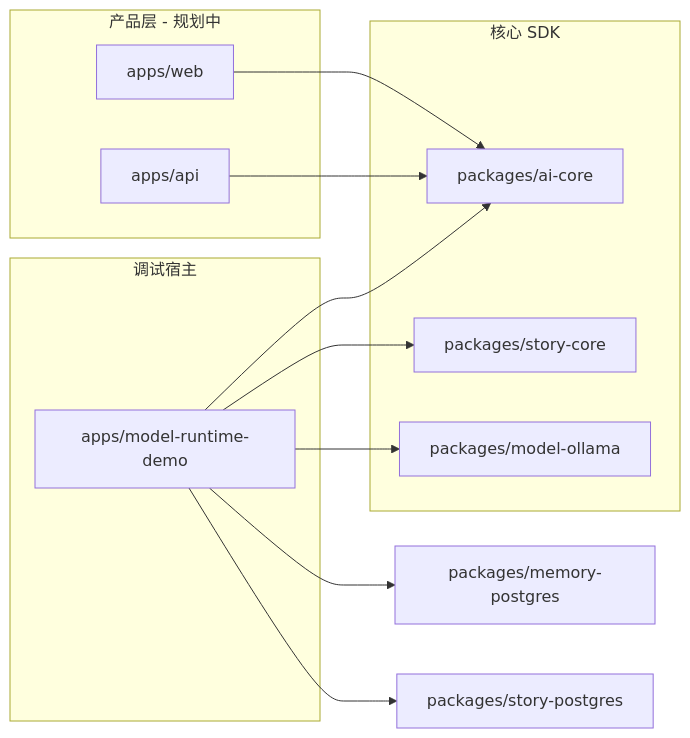
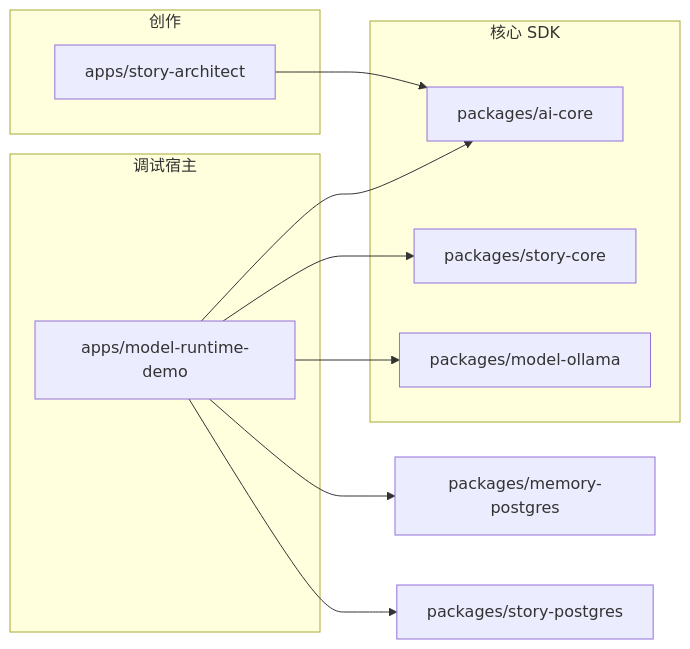
Before and after one commit to KRISACHAN/ying-ai: the diagram in README.zh-CN.md, drawn with Mermaid. The commit also changed other lines of this file and 138 other files, not shown here.

````diff
--- a/README.zh-CN.md
+++ b/README.zh-CN.md
@@ -36,22 +38,20 @@
 ```mermaid
 flowchart LR
-  subgraph product [产品层 - 规划中]
-    Web[apps/web]
-    API[apps/api]
-  end
   subgraph core [核心 SDK]
     AiCore[packages/ai-core]
     StoryCore[packages/story-core]
     Ollama[packages/model-ollama]
   end
   subgraph debug [调试宿主]
     Demo[apps/model-runtime-demo]
   end
-  Web --> AiCore
-  API --> AiCore
+  subgraph authoring [创作]
+    StoryArchitect[apps/story-architect]
+  end
   Demo --> AiCore
   Demo --> Ollama
   Demo --> MemoryPostgres[packages/memory-postgres]
   Demo --> StoryCore
   Demo --> StoryPostgres[packages/story-postgres]
+  StoryArchitect --> AiCore
 ```
````
